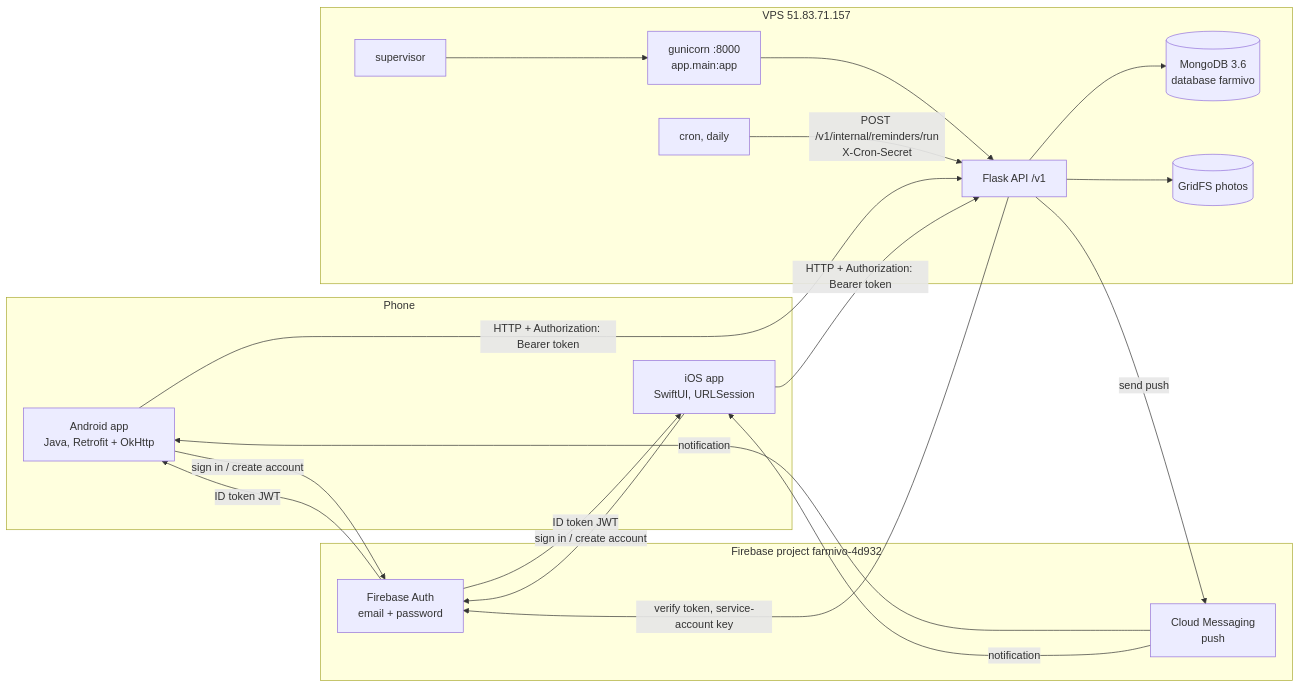
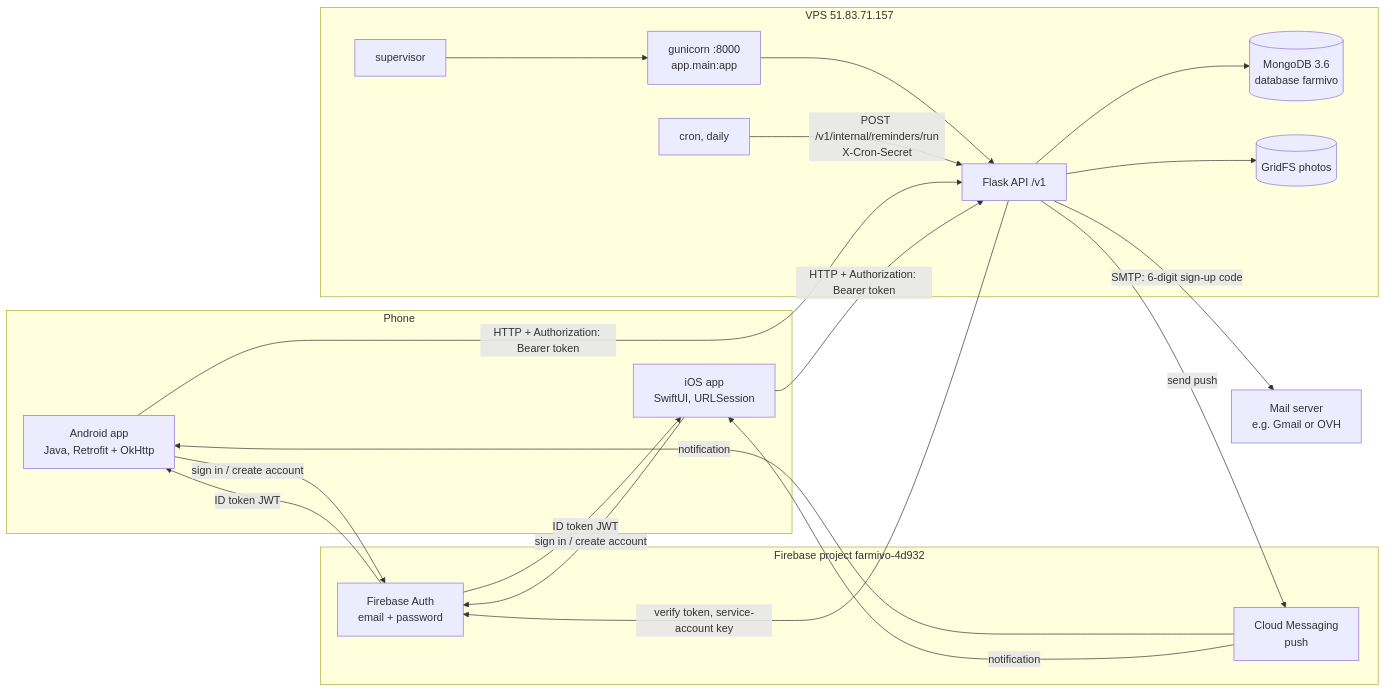
The first of 9 diagrams in docs/SYSTEM_GUIDE.md (haythoum/farmivo_backend), drawn with Mermaid before and after one commit. The commit also changed other lines of this file and 8 other files, not shown here.

First line of the commit message:
Docs: email verification code (API, flows, data model, system guide, SMTP setup, decisions)

````diff
--- a/docs/SYSTEM_GUIDE.md
+++ b/docs/SYSTEM_GUIDE.md
@@ -19,24 +19,25 @@
 ```mermaid
 flowchart LR
   subgraph Phone
     A[Android app<br/>Java, Retrofit + OkHttp]
     I[iOS app<br/>SwiftUI, URLSession]
   end
   subgraph Google[Firebase project farmivo-4d932]
     AUTH[Firebase Auth<br/>email + password]
     FCM[Cloud Messaging<br/>push]
   end
   subgraph Server[VPS 51.83.71.157]
     SUP[supervisor] --> GU[gunicorn :8000<br/>app.main:app]
     GU --> FL[Flask API /v1]
     FL --> MDB[(MongoDB 3.6<br/>database farmivo)]
     FL --> GFS[(GridFS photos)]
     CRON[cron, daily] -->|POST /v1/internal/reminders/run<br/>X-Cron-Secret| FL
   end
   A & I -->|sign in / create account| AUTH
   AUTH -->|ID token JWT| A & I
   A & I -->|HTTP + Authorization: Bearer token| FL
   FL -->|verify token, service-account key| AUTH
   FL -->|send push| FCM
   FCM -->|notification| A & I
+  FL -->|SMTP: 6-digit sign-up code| MAIL[Mail server<br/>e.g. Gmail or OVH]
 ```
````
